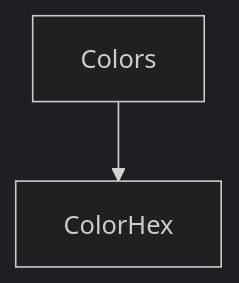
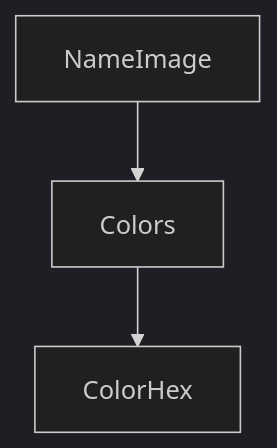
Before and after one commit to 0x1-company/god-ios: the diagram in Packages/UIComponentPackage/README.md, drawn with Mermaid (dark theme). The commit also changed 1 other file, not shown here.

Commit message:
chore: 🤖 dgraph

````diff
--- a/Packages/UIComponentPackage/README.md
+++ b/Packages/UIComponentPackage/README.md
@@ -6,4 +6,5 @@
 ```mermaid
 graph TD;
     Colors-->ColorHex;
+    NameImage-->Colors;
 ```
````
